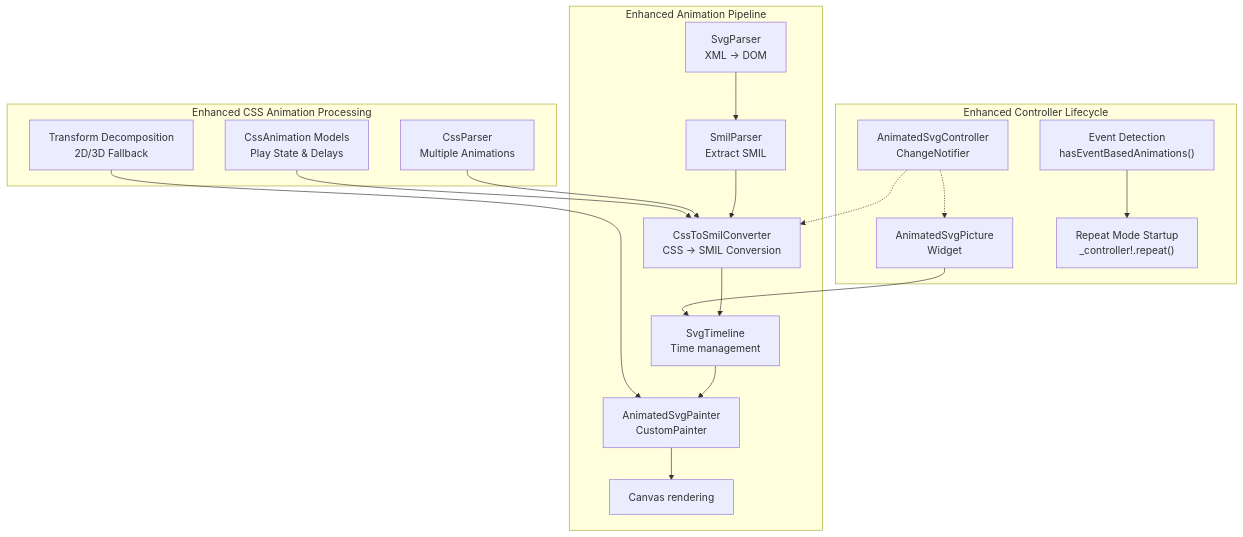
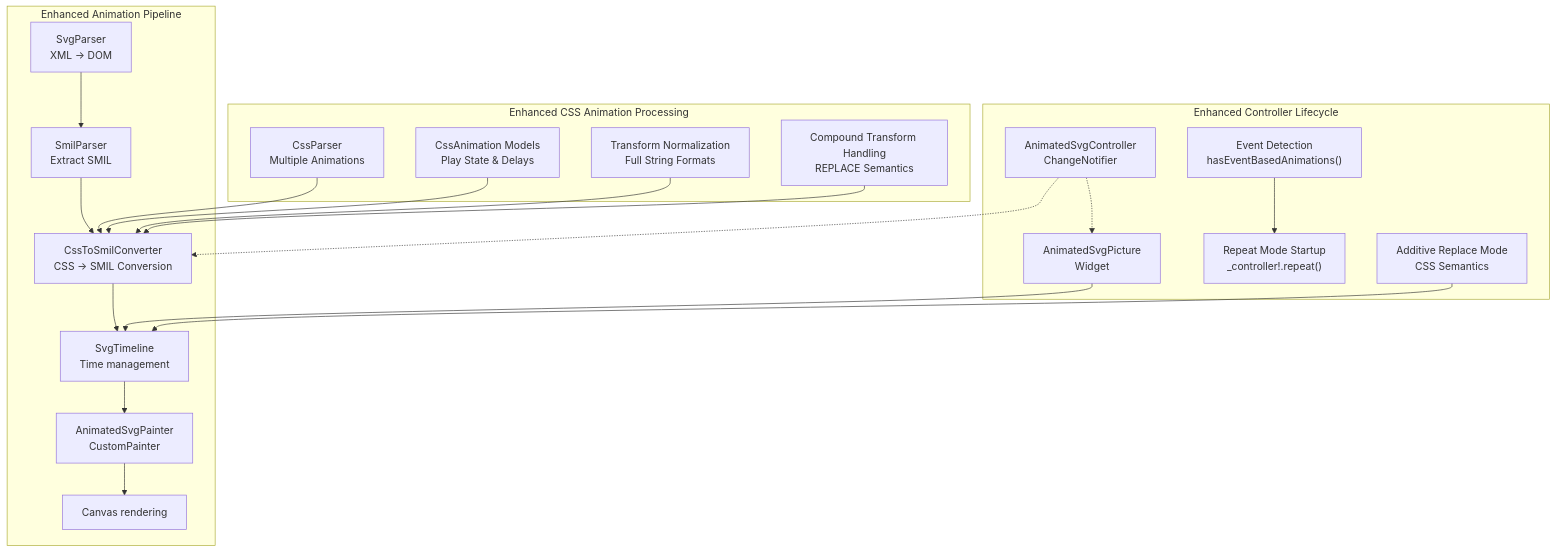
One commit to denisnadey/flutter_full_svg_support changed the first of 3 diagrams in .qoder/repowiki/en/content/Animated SVG Support/Animation Control and Playback.md. Above: the diagram before and after it, drawn with Mermaid. The commit also changed other lines of this file and 40 other files, not shown here.

First line of the commit message:
feat(animation): enhance transform processing and event-driven animation system

````diff
--- a/.qoder/repowiki/en/content/Animated SVG Support/Animation Control and Playback.md
+++ b/.qoder/repowiki/en/content/Animated SVG Support/Animation Control and Playback.md
@@ -66,28 +69,32 @@
 ```mermaid
 graph TB
 subgraph "Enhanced Animation Pipeline"
 A["SvgParser<br/>XML → DOM"] --> B["SmilParser<br/>Extract SMIL"]
 B --> C["CssToSmilConverter<br/>CSS → SMIL Conversion"]
 C --> D["SvgTimeline<br/>Time management"]
 D --> E["AnimatedSvgPainter<br/>CustomPainter"]
 E --> F["Canvas rendering"]
 end
 subgraph "Enhanced CSS Animation Processing"
 G["CssParser<br/>Multiple Animations"]
 H["CssAnimation Models<br/>Play State & Delays"]
-I["Transform Decomposition<br/>2D/3D Fallback"]
+I["Transform Normalization<br/>Full String Formats"]
+J["Compound Transform Handling<br/>REPLACE Semantics"]
 end
 subgraph "Enhanced Controller Lifecycle"
-J["AnimatedSvgPicture<br/>Widget"]
-K["AnimatedSvgController<br/>ChangeNotifier"]
-L["Event Detection<br/>hasEventBasedAnimations()"]
-M["Repeat Mode Startup<br/>_controller!.repeat()"]
+K["AnimatedSvgPicture<br/>Widget"]
+L["AnimatedSvgController<br/>ChangeNotifier"]
+M["Event Detection<br/>hasEventBasedAnimations()"]
+N["Repeat Mode Startup<br/>_controller!.repeat()"]
+O["Additive Replace Mode<br/>CSS Semantics"]
 end
 G --> C
 H --> C
-I --> E
-J --> D
-K -.-> C
-K -.-> J
-L --> M
+I --> C
+J --> C
+K --> D
+L -.-> C
+L -.-> K
+M --> N
+O --> D
 ```
````
